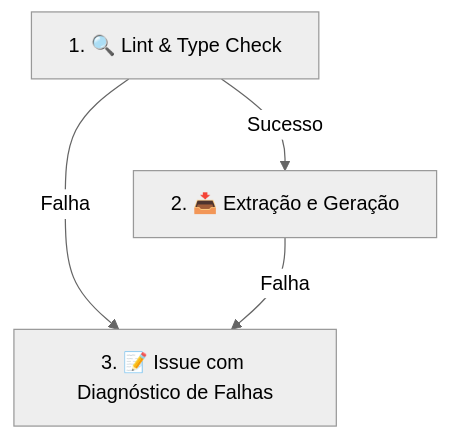
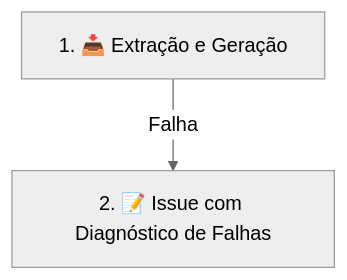
The diagram in docs/maintenance/workflow-operations.md (Fatal1tyBarucco/Salesforce-WebDev), drawn with Mermaid (neutral theme) before and after one commit. The commit also changed other lines of this file and 1 other file, not shown here.

````diff
--- a/docs/maintenance/workflow-operations.md
+++ b/docs/maintenance/workflow-operations.md
@@ -30,6 +31,4 @@
 ```mermaid
 graph TD
-    A[1. 🔍 Lint & Type Check] -->|Sucesso| B[2. 📥 Extração e Geração]
-    A -->|Falha| C[3. 📝 Issue com Diagnóstico de Falhas]
-    B -->|Falha| C
+    A[1. 📥 Extração e Geração] -->|Falha| B[2. 📝 Issue com Diagnóstico de Falhas]
 ```
````
